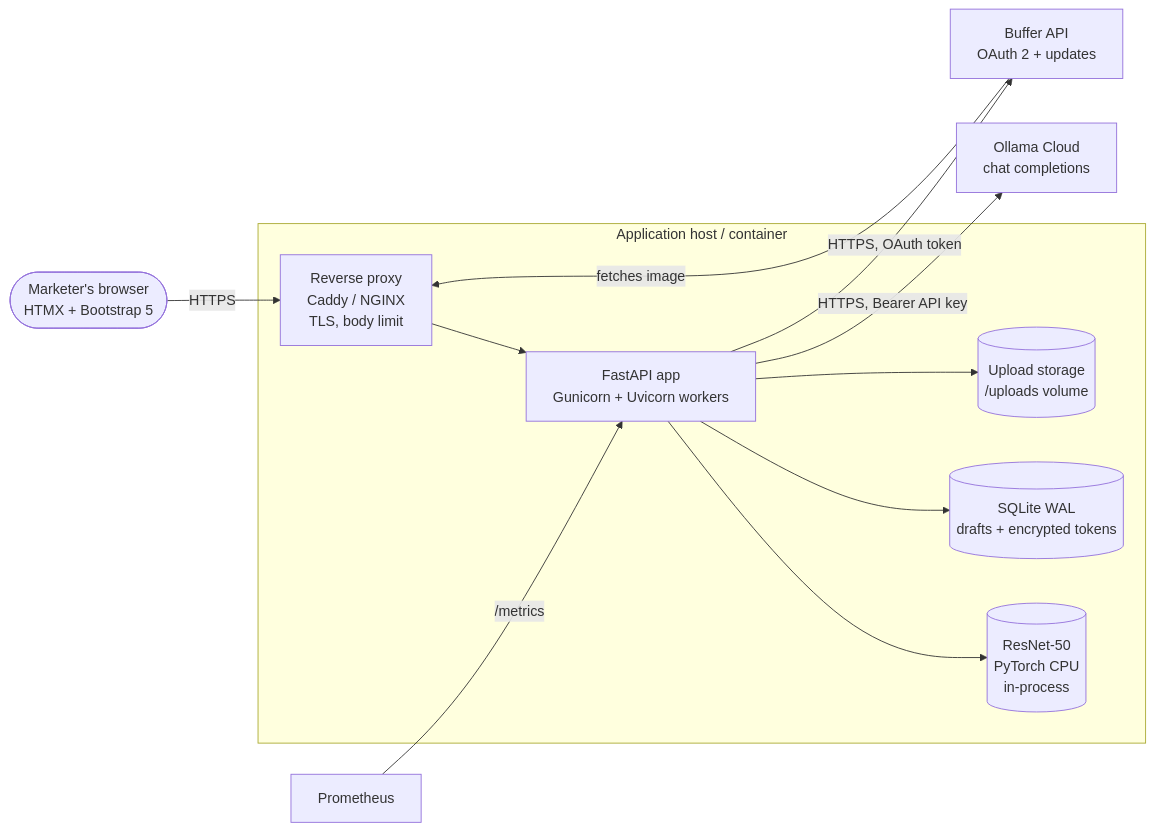
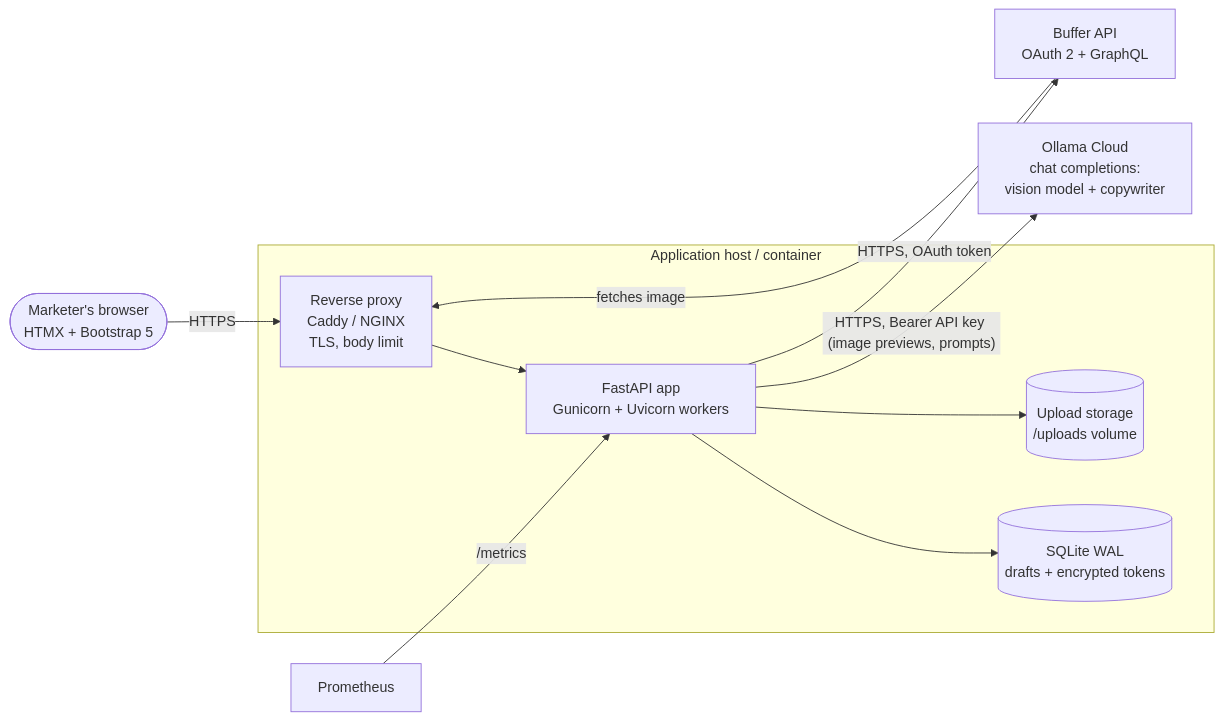
One commit to Aminul1993/Social-Booster changed the first of 10 diagrams in docs/ARCHITECTURE.md. Above: the diagram before and after it, drawn with Mermaid. The commit also changed other lines of this file and 44 other files, not shown here.

````diff
--- a/docs/ARCHITECTURE.md
+++ b/docs/ARCHITECTURE.md
@@ -10,23 +10,21 @@
 ```mermaid
 flowchart LR
     user([Marketer's browser<br/>HTMX + Bootstrap 5])
     subgraph host[Application host / container]
         proxy[Reverse proxy<br/>Caddy / NGINX<br/>TLS, body limit]
         app[FastAPI app<br/>Gunicorn + Uvicorn workers]
-        vision[(ResNet-50<br/>PyTorch CPU<br/>in-process)]
         db[(SQLite WAL<br/>drafts + encrypted tokens)]
         files[(Upload storage<br/>/uploads volume)]
     end
-    ollama[Ollama Cloud<br/>chat completions]
-    buffer[Buffer API<br/>OAuth 2 + updates]
+    ollama[Ollama Cloud<br/>chat completions:<br/>vision model + copywriter]
+    buffer[Buffer API<br/>OAuth 2 + GraphQL]
     prom[Prometheus]
 
     user -- HTTPS --> proxy --> app
-    app --> vision
     app --> db
     app --> files
-    app -- HTTPS, Bearer API key --> ollama
+    app -- "HTTPS, Bearer API key (image previews, prompts)" --> ollama
     app -- HTTPS, OAuth token --> buffer
     buffer -- fetches image --> proxy
     prom -- /metrics --> app
 ```
````
